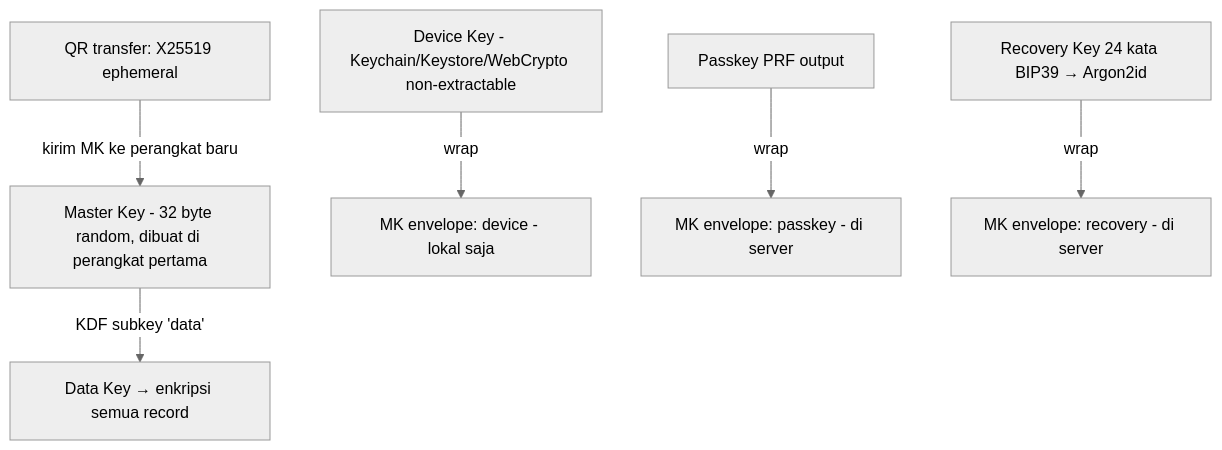
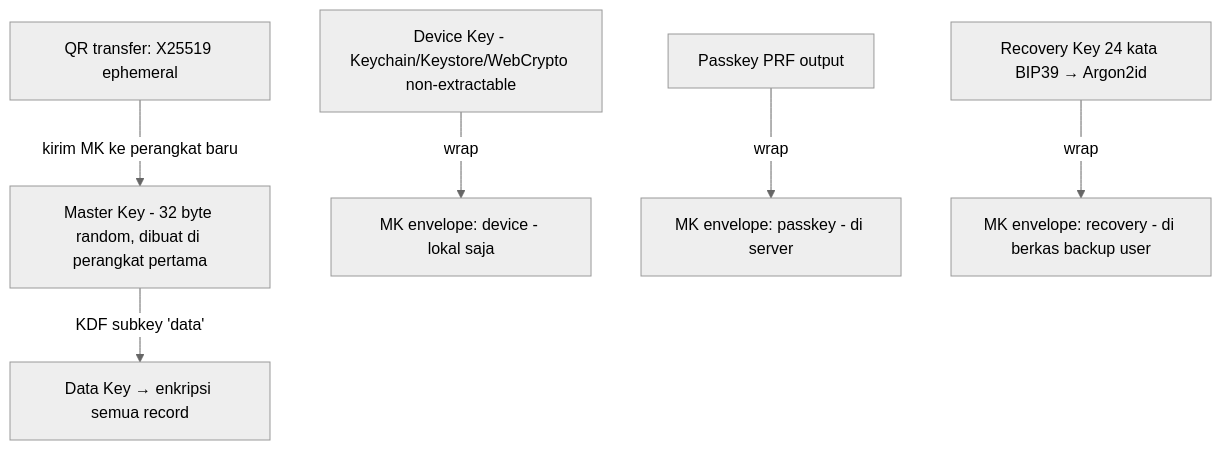
Before and after one commit to rijalsolahudin/improve-personal-web: the third of 4 diagrams in ARCHITECTURE.md, drawn with Mermaid (neutral theme). The commit also changed other lines of this file and 7 other files, not shown here.

First line of the commit message:
feat: add server and database schema for user management and encryption

````diff
--- a/ARCHITECTURE.md
+++ b/ARCHITECTURE.md
@@ -199,9 +217,9 @@
 ```mermaid
 flowchart TD
   MK[Master Key - 32 byte random, dibuat di perangkat pertama]
   MK -->|KDF subkey 'data'| DK[Data Key → enkripsi semua record]
   DEV[Device Key - Keychain/Keystore/WebCrypto non-extractable] -->|wrap| E1[MK envelope: device - lokal saja]
   PK[Passkey PRF output] -->|wrap| E2[MK envelope: passkey - di server]
-  RK[Recovery Key 24 kata BIP39 → Argon2id] -->|wrap| E3[MK envelope: recovery - di server]
+  RK[Recovery Key 24 kata BIP39 → Argon2id] -->|wrap| E3[MK envelope: recovery - di berkas backup user]
   QR[QR transfer: X25519 ephemeral] -->|kirim MK ke perangkat baru| MK
 ```
````
